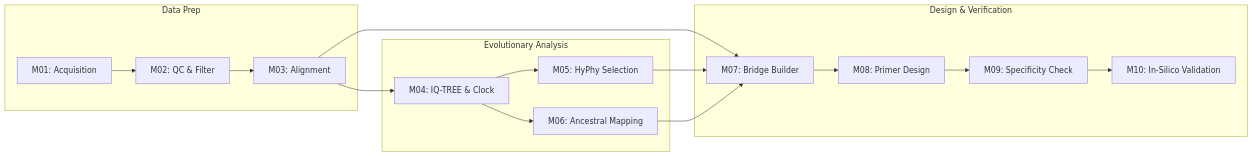
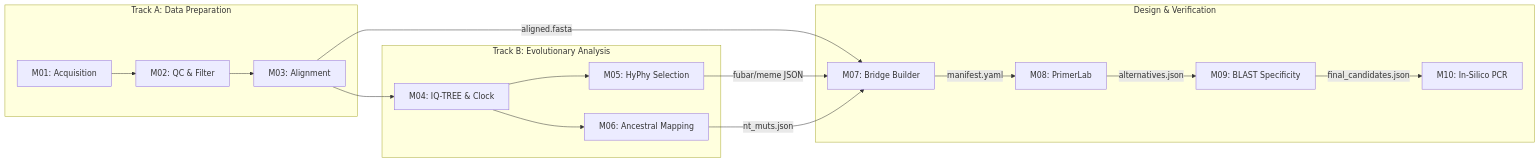
One commit to lab-biotek-bio-ugm/pandemic_prep_idn changed the diagram in docs/pipeline-architecture/overview.md. Above: the diagram before and after it, drawn with Mermaid. The commit also changed other lines of this file and 4 other files, not shown here.

````diff
--- a/docs/pipeline-architecture/overview.md
+++ b/docs/pipeline-architecture/overview.md
@@ -11,21 +14,21 @@
 ```mermaid
 flowchart LR
-    subgraph Prep [Data Prep]
+    subgraph Prep ["Track A: Data Preparation"]
         M01[M01: Acquisition] --> M02[M02: QC & Filter] --> M03[M03: Alignment]
     end
 
-    subgraph Evo [Evolutionary Analysis]
+    subgraph Evo ["Track B: Evolutionary Analysis"]
         M03 --> M04[M04: IQ-TREE & Clock]
         M04 --> M05[M05: HyPhy Selection]
         M04 --> M06[M06: Ancestral Mapping]
     end
 
-    subgraph Design [Design & Verification]
-        M03 --> M07[M07: Bridge Builder]
-        M05 --> M07
-        M06 --> M07
-        M07 --> M08[M08: Primer Design]
-        M08 --> M09[M09: Specificity Check]
-        M09 --> M10[M10: In-Silico Validation]
+    subgraph Design ["Design & Verification"]
+        M03 -->|aligned.fasta| M07[M07: Bridge Builder]
+        M05 -->|fubar/meme JSON| M07
+        M06 -->|nt_muts.json| M07
+        M07 -->|manifest.yaml| M08[M08: PrimerLab]
+        M08 -->|alternatives.json| M09[M09: BLAST Specificity]
+        M09 -->|final_candidates.json| M10[M10: In-Silico PCR]
     end
 ```
````
